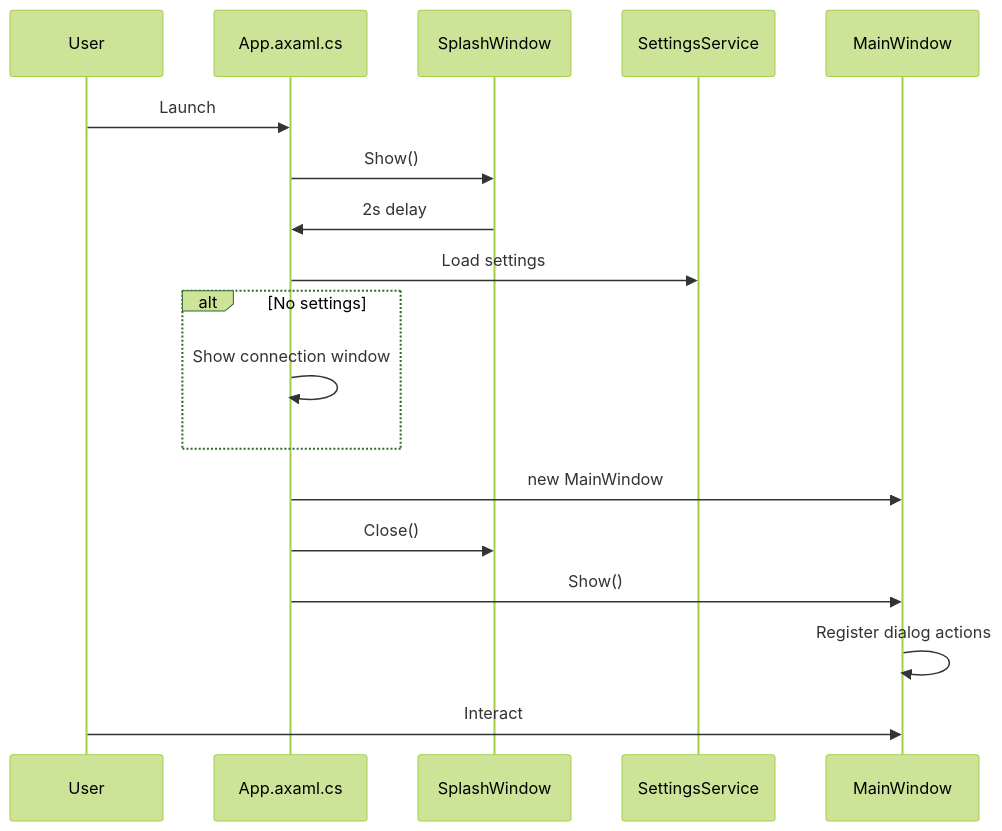
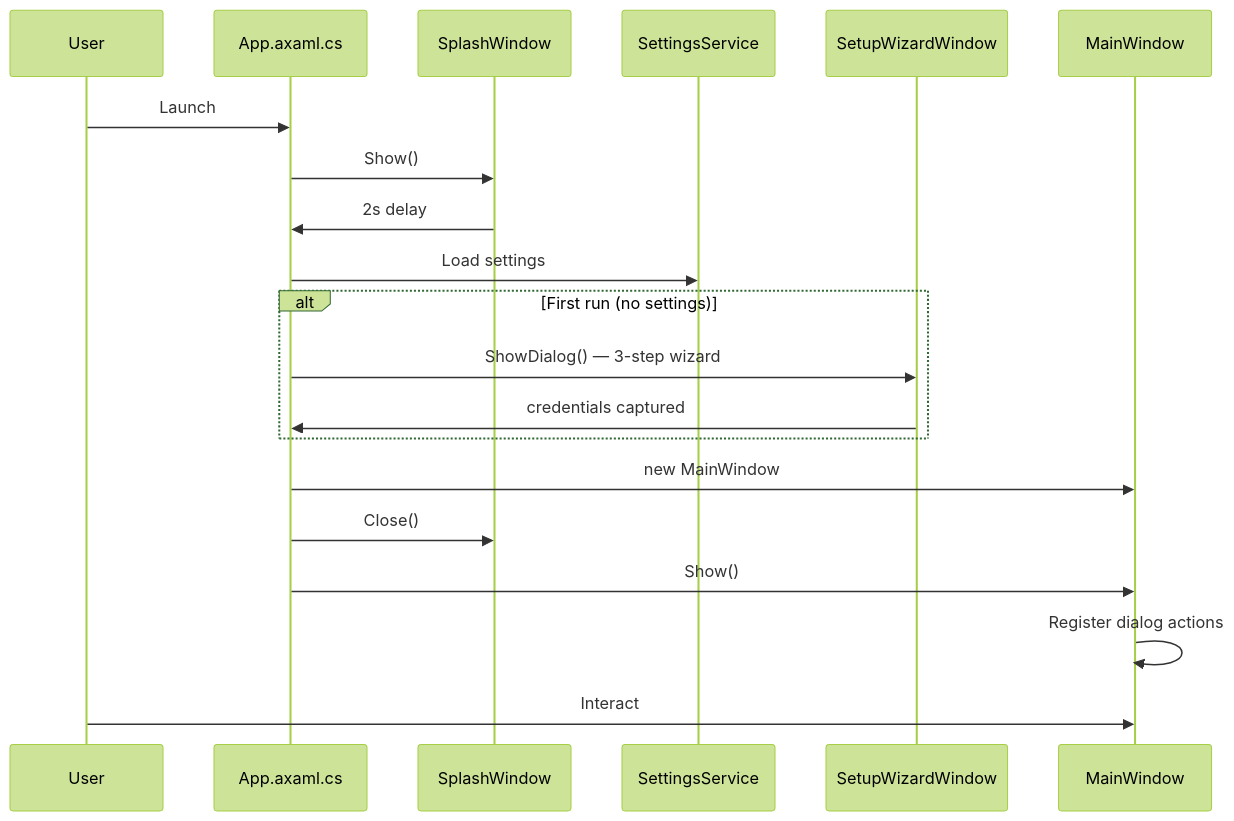
Before and after one commit to marcelofrau/xb-homebrew-vault: the third of 5 diagrams in docs/architecture.md, drawn with Mermaid (forest theme). The commit also changed other lines of this file and 15 other files, not shown here.

````diff
--- a/docs/architecture.md
+++ b/docs/architecture.md
@@ -90,21 +106,23 @@
 ```mermaid
 sequenceDiagram
     participant User
     participant App as App.axaml.cs
     participant Splash as SplashWindow
     participant SSvc as SettingsService
+    participant Setup as SetupWizardWindow
     participant Main as MainWindow
 
     User->>App: Launch
     App->>Splash: Show()
     Splash->>App: 2s delay
     App->>SSvc: Load settings
-    alt No settings
-        App->>App: Show connection window
+    alt First run (no settings)
+        App->>Setup: ShowDialog() — 3-step wizard
+        Setup->>App: credentials captured
     end
     App->>Main: new MainWindow
     App->>Splash: Close()
     App->>Main: Show()
     Main->>Main: Register dialog actions
     User->>Main: Interact
 ```
````
